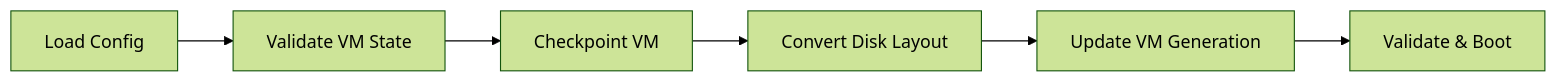
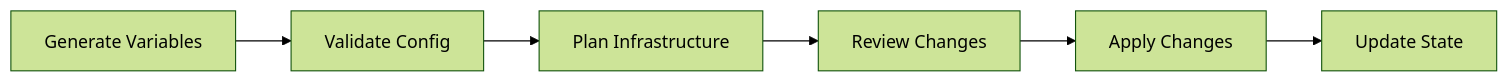
One commit to AzureLocal/azurelocal-vm-conversion-toolkit changed the diagram in docs/standards/infrastructure.md. Above: the diagram before and after it, drawn with Mermaid (forest theme). The commit also changed other lines of this file and 8 other files, not shown here.

````diff
--- a/docs/standards/infrastructure.md
+++ b/docs/standards/infrastructure.md
@@ -17,8 +17,8 @@
 ```mermaid
 flowchart LR
-    A[Load Config] --> B[Validate VM State]
-    B --> C[Checkpoint VM]
-    C --> D[Convert Disk Layout]
-    D --> E[Update VM Generation]
-    E --> F[Validate & Boot]
+    A[Generate Variables] --> B[Validate Config]
+    B --> C[Plan Infrastructure]
+    C --> D[Review Changes]
+    D --> E[Apply Changes]
+    E --> F[Update State]
 ```
````
